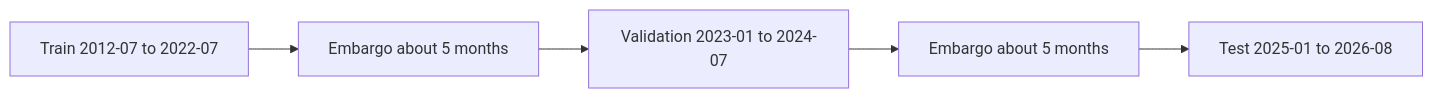
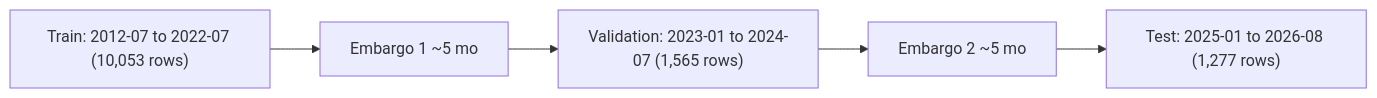
One commit to sriilex/SC-Project changed the second of 2 diagrams in docs/paper.md. Above: the diagram before and after it, drawn with Mermaid. The commit also changed other lines of this file and 17 other files, not shown here.

````diff
--- a/docs/paper.md
+++ b/docs/paper.md
@@ -84,7 +84,7 @@
 ```mermaid
 flowchart LR
-  T["Train 2012-07 to 2022-07"] --> E1["Embargo about 5 months"]
-  E1 --> V["Validation 2023-01 to 2024-07"]
-  V --> E2["Embargo about 5 months"]
-  E2 --> S["Test 2025-01 to 2026-08"]
+  T["Train: 2012-07 to 2022-07 (10,053 rows)"] --> E1["Embargo 1 ~5 mo"]
+  E1 --> V["Validation: 2023-01 to 2024-07 (1,565 rows)"]
+  V --> E2["Embargo 2 ~5 mo"]
+  E2 --> S["Test: 2025-01 to 2026-08 (1,277 rows)"]
 ```
````
